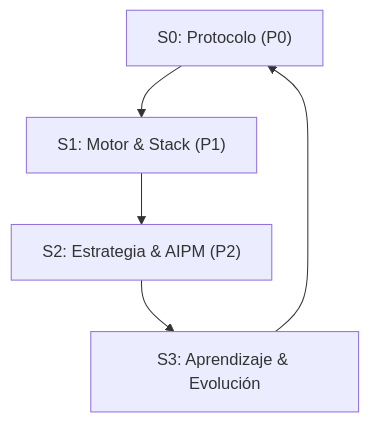
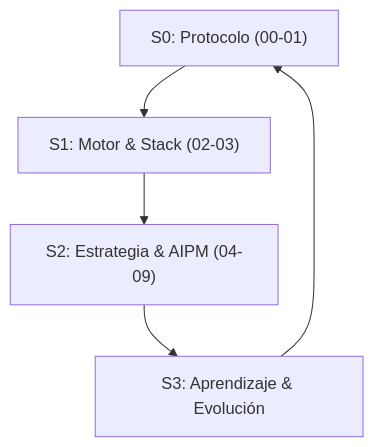
One commit to esjesusobando/Consequences changed the diagram in .agent/00_Rules/README.md. Above: the diagram before and after it, drawn with Mermaid. The commit also changed other lines of this file and 10 other files, not shown here.

First line of the commit message:
docs(os): v2.0 Consequences - actualización docs y fix scripts post-migración

````diff
--- a/.agent/00_Rules/README.md
+++ b/.agent/00_Rules/README.md
@@ -46,7 +44,7 @@
 ```mermaid
 graph TD
-    S0["S0: Protocolo (P0)"] --> S1["S1: Motor & Stack (P1)"]
-    S1 --> S2["S2: Estrategia & AIPM (P2)"]
+    S0["S0: Protocolo (00-01)"] --> S1["S1: Motor & Stack (02-03)"]
+    S1 --> S2["S2: Estrategia & AIPM (04-09)"]
     S2 --> S3["S3: Aprendizaje & Evolución"]
     S3 --> S0
 ```
````
